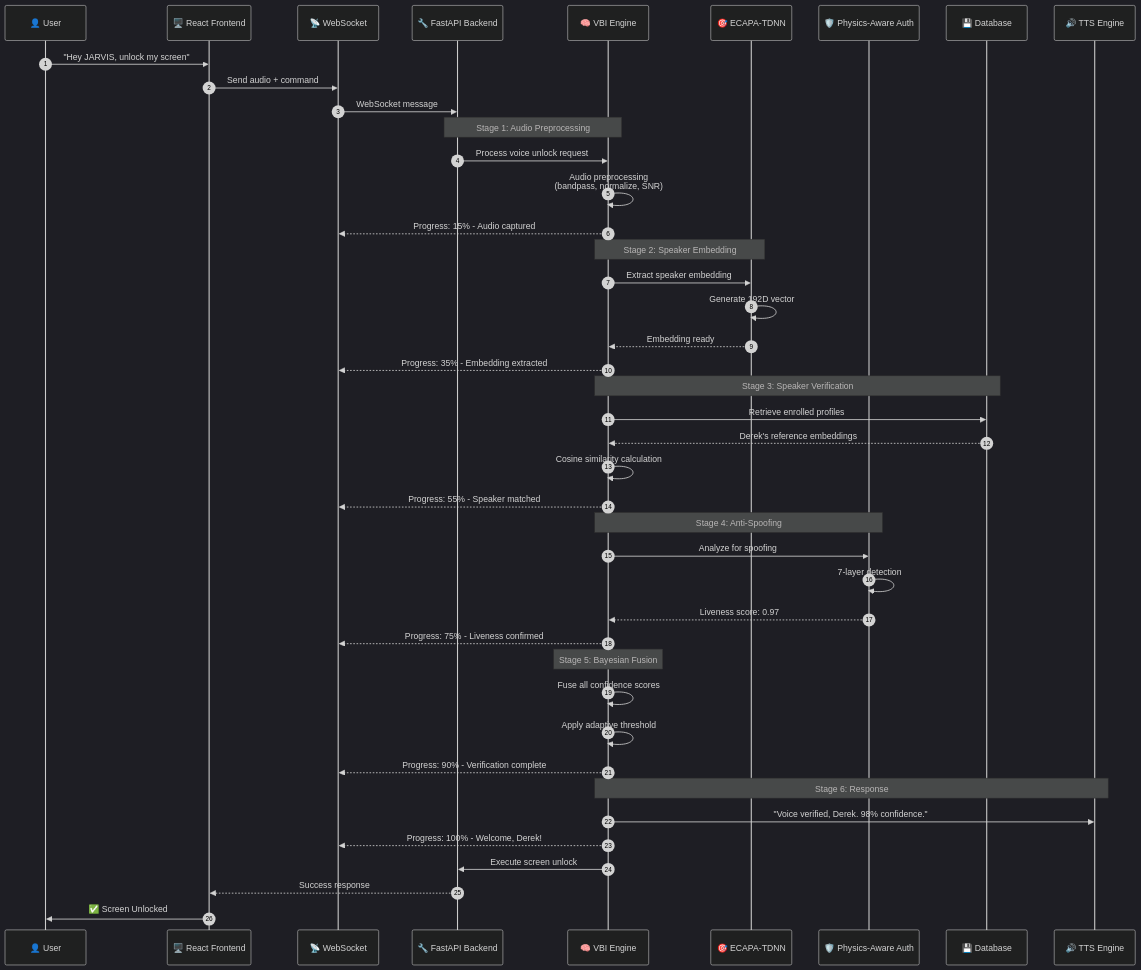
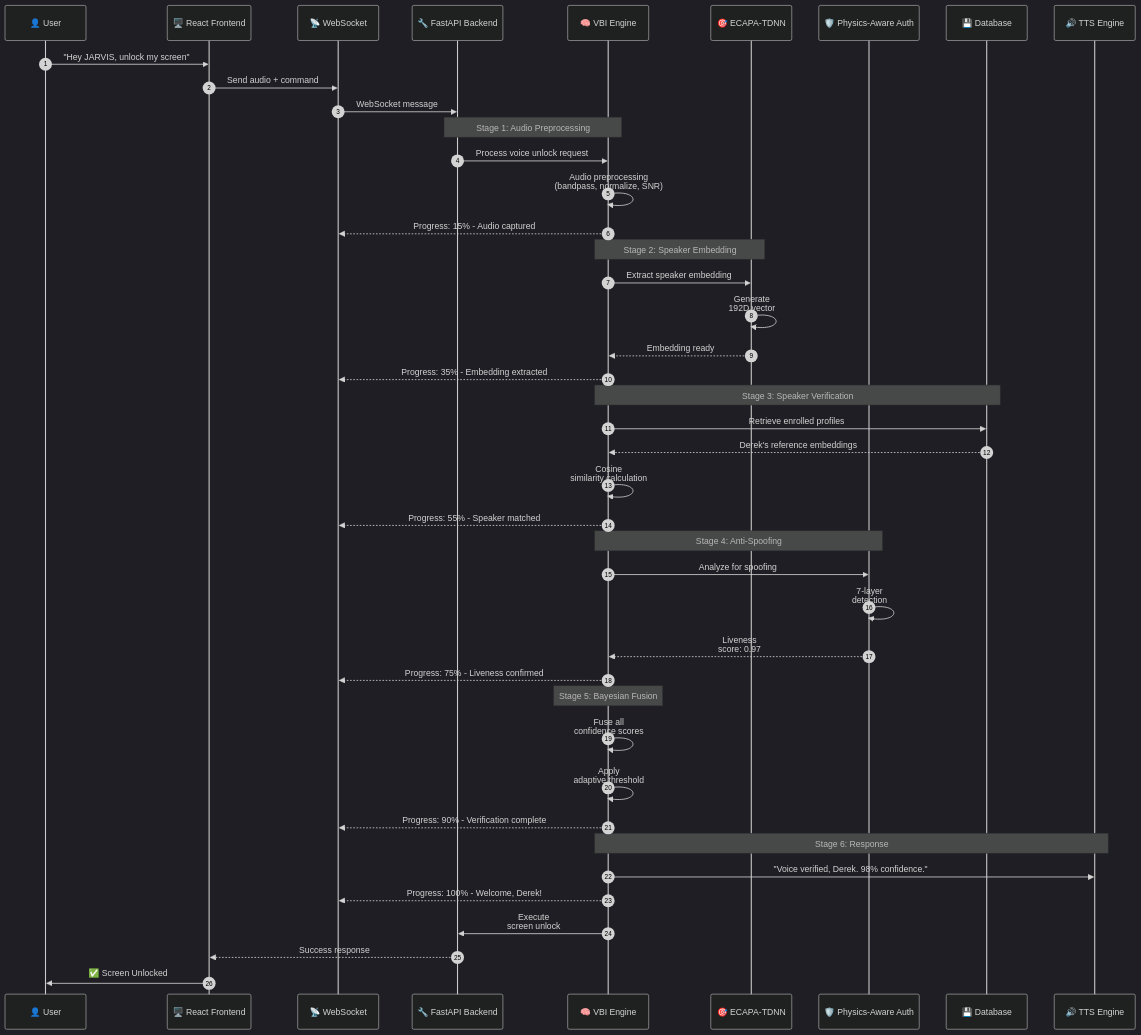
One commit to nandkishorrathodk-art/Ironcliw-ai changed the second of 13 diagrams in VOICE_BIOMETRIC_INTELLIGENCE_ARCHITECTURE.md. Above: the diagram before and after it, drawn with Mermaid (dark theme). The commit also changed other lines of this file, not shown here.

````diff
--- a/VOICE_BIOMETRIC_INTELLIGENCE_ARCHITECTURE.md
+++ b/VOICE_BIOMETRIC_INTELLIGENCE_ARCHITECTURE.md
@@ -145,53 +139,53 @@
 ```mermaid
 sequenceDiagram
     autonumber
     participant User as 👤 User
     participant Frontend as 🖥️ React Frontend
     participant WS as 📡 WebSocket
     participant API as 🔧 FastAPI Backend
     participant VBI as 🧠 VBI Engine
     participant ECAPA as 🎯 ECAPA-TDNN
     participant PAVA as 🛡️ Physics-Aware Auth
     participant DB as 💾 Database
     participant TTS as 🔊 TTS Engine
 
     User->>Frontend: "Hey JARVIS, unlock my screen"
     Frontend->>WS: Send audio + command
     WS->>API: WebSocket message
     
     Note over API,VBI: Stage 1: Audio Preprocessing
     API->>VBI: Process voice unlock request
     VBI->>VBI: Audio preprocessing<br/>(bandpass, normalize, SNR)
     VBI-->>WS: Progress: 15% - Audio captured
     
     Note over VBI,ECAPA: Stage 2: Speaker Embedding
     VBI->>ECAPA: Extract speaker embedding
-    ECAPA->>ECAPA: Generate 192D vector
+    ECAPA->>ECAPA: Generate<br/>192D vector
     ECAPA-->>VBI: Embedding ready
     VBI-->>WS: Progress: 35% - Embedding extracted
     
     Note over VBI,DB: Stage 3: Speaker Verification
     VBI->>DB: Retrieve enrolled profiles
     DB-->>VBI: Derek's reference embeddings
-    VBI->>VBI: Cosine similarity calculation
+    VBI->>VBI: Cosine<br/>similarity calculation
     VBI-->>WS: Progress: 55% - Speaker matched
     
     Note over VBI,PAVA: Stage 4: Anti-Spoofing
     VBI->>PAVA: Analyze for spoofing
-    PAVA->>PAVA: 7-layer detection
-    PAVA-->>VBI: Liveness score: 0.97
+    PAVA->>PAVA: 7-layer<br/>detection
+    PAVA-->>VBI: Liveness<br/>score: 0.97
     VBI-->>WS: Progress: 75% - Liveness confirmed
     
     Note over VBI: Stage 5: Bayesian Fusion
-    VBI->>VBI: Fuse all confidence scores
-    VBI->>VBI: Apply adaptive threshold
+    VBI->>VBI: Fuse all<br/> confidence scores
+    VBI->>VBI: Apply<br/>adaptive threshold
     VBI-->>WS: Progress: 90% - Verification complete
     
     Note over VBI,TTS: Stage 6: Response
     VBI->>TTS: "Voice verified, Derek. 98% confidence."
     VBI-->>WS: Progress: 100% - Welcome, Derek!
-    VBI->>API: Execute screen unlock
+    VBI->>API: Execute<br/>screen unlock
     
     API-->>Frontend: Success response
     Frontend->>User: ✅ Screen Unlocked
 ```
````
